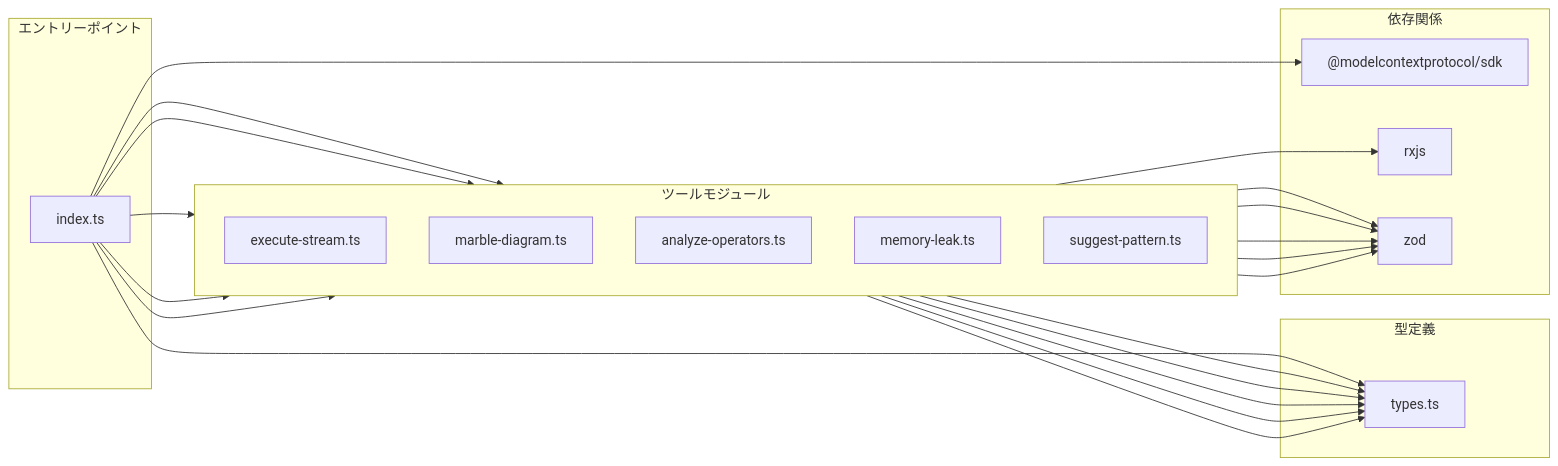
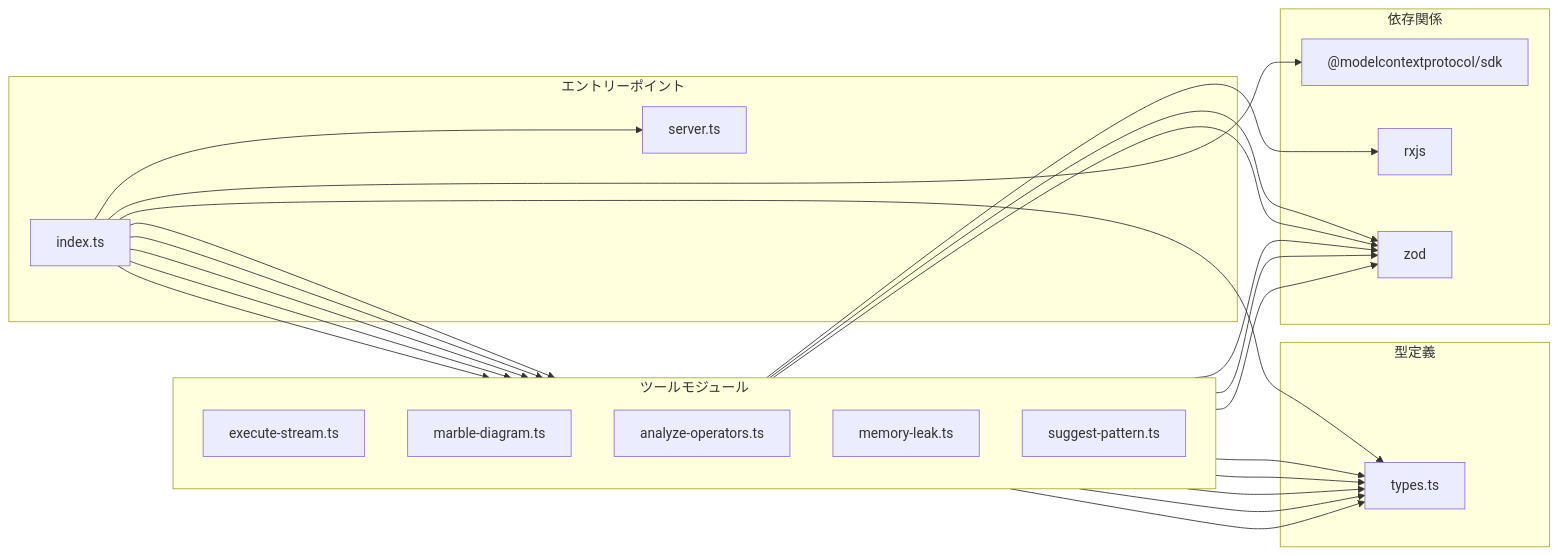
Before and after one commit to shuji-bonji/rxjs-mcp-server: the fourth of 7 diagrams in FILE_STRUCTURE_JP.md, drawn with Mermaid. The commit also changed other lines of this file and 10 other files, not shown here.

````diff
--- a/FILE_STRUCTURE_JP.md
+++ b/FILE_STRUCTURE_JP.md
@@ -236,49 +240,51 @@
 ```mermaid
 flowchart LR
     subgraph EntryPoint["エントリーポイント"]
         index["index.ts"]
+        server["server.ts"]
+        index --> server
     end
 
     subgraph TypeDefs["型定義"]
         types["types.ts"]
     end
 
     subgraph ToolModules["ツールモジュール"]
         direction TB
         exec["execute-stream.ts"]
         marble["marble-diagram.ts"]
         analyze["analyze-operators.ts"]
         memleak["memory-leak.ts"]
         suggest["suggest-pattern.ts"]
     end
 
     subgraph Dependencies["依存関係"]
         sdk["@modelcontextprotocol/sdk"]
         rxjs["rxjs"]
         zod["zod"]
     end
 
     index --> exec
     index --> marble
     index --> analyze
     index --> memleak
     index --> suggest
     index --> types
     index --> sdk
 
     exec --> types
     exec --> rxjs
     exec --> zod
 
     marble --> types
     marble --> zod
 
     analyze --> types
     analyze --> zod
 
     memleak --> types
     memleak --> zod
 
     suggest --> types
     suggest --> zod
 ```
````
